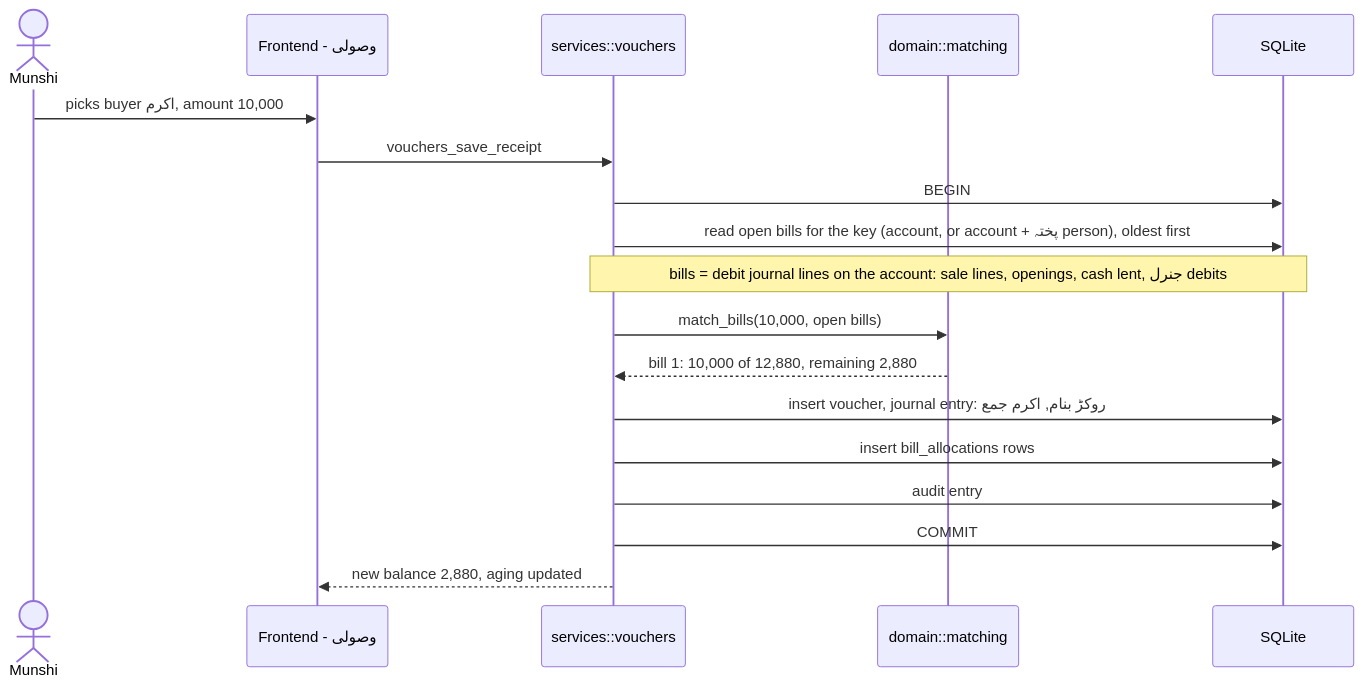
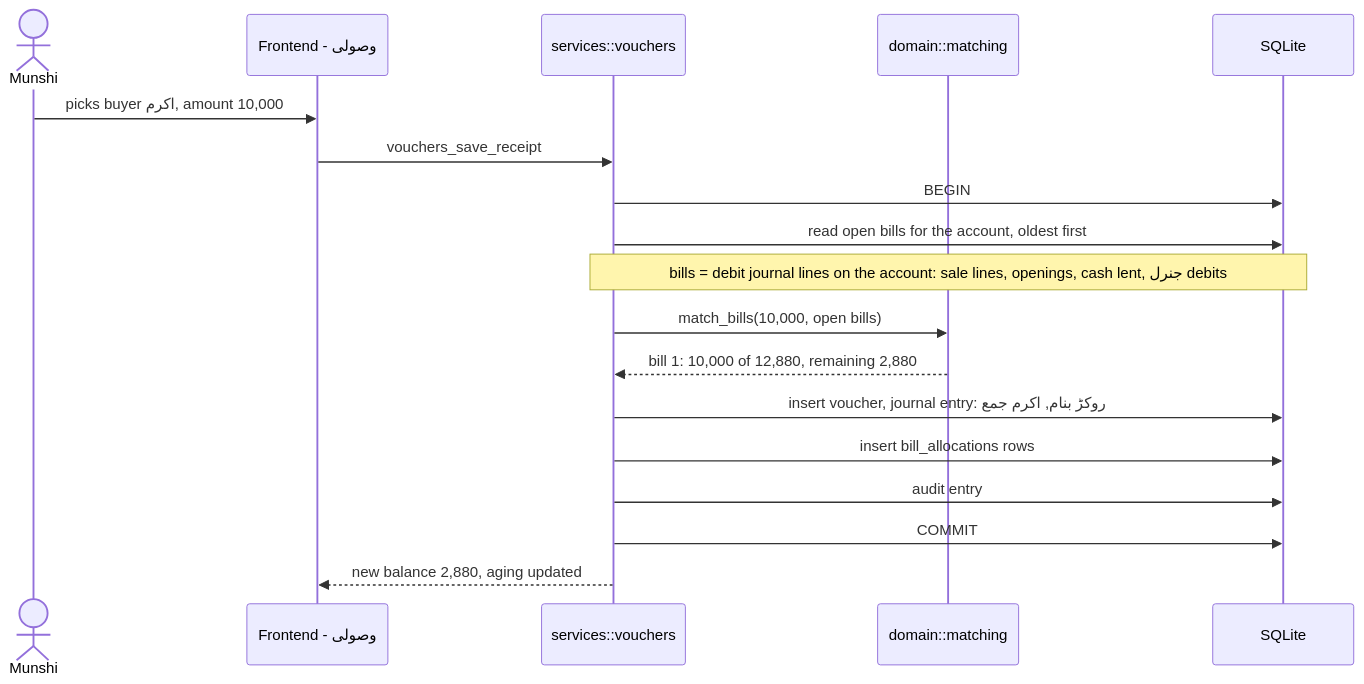
One commit to FaisalHanif12/Fruits-Mandi-Software changed diagram 12 of 28 in .claude/rules/Architecture_v1.md. Above: the diagram before and after it, drawn with Mermaid. The commit also changed other lines of this file and 20 other files, not shown here.

````diff
--- a/.claude/rules/Architecture_v1.md
+++ b/.claude/rules/Architecture_v1.md
@@ -469,21 +468,21 @@
 ```mermaid
 sequenceDiagram
     actor U as Munshi
     participant FE as Frontend - وصولی
     participant SVC as services::vouchers
     participant DOM as domain::matching
     participant DB as SQLite
 
     U->>FE: picks buyer اکرم, amount 10,000
     FE->>SVC: vouchers_save_receipt
     SVC->>DB: BEGIN
-    SVC->>DB: read open bills for the key (account, or account + پختہ person), oldest first
+    SVC->>DB: read open bills for the account, oldest first
     Note over SVC,DB: bills = debit journal lines on the account: sale lines, openings, cash lent, جنرل debits
     SVC->>DOM: match_bills(10,000, open bills)
     DOM-->>SVC: bill 1: 10,000 of 12,880, remaining 2,880
     SVC->>DB: insert voucher, journal entry: روکڑ بنام, اکرم جمع
     SVC->>DB: insert bill_allocations rows
     SVC->>DB: audit entry
     SVC->>DB: COMMIT
     SVC-->>FE: new balance 2,880, aging updated
 ```
````
